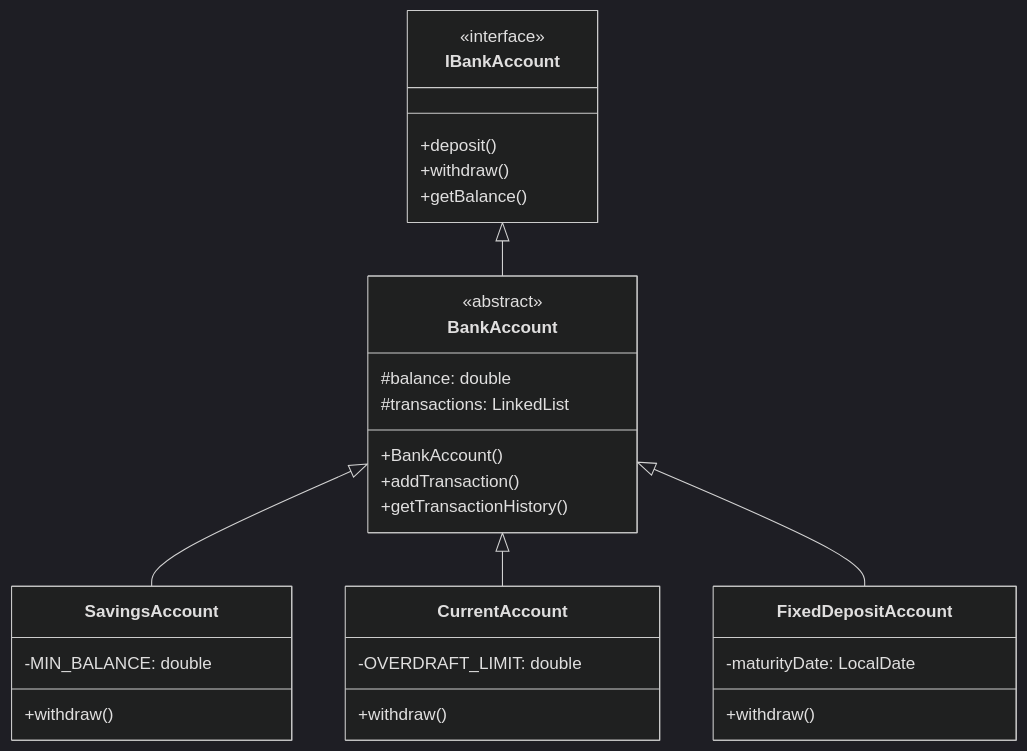
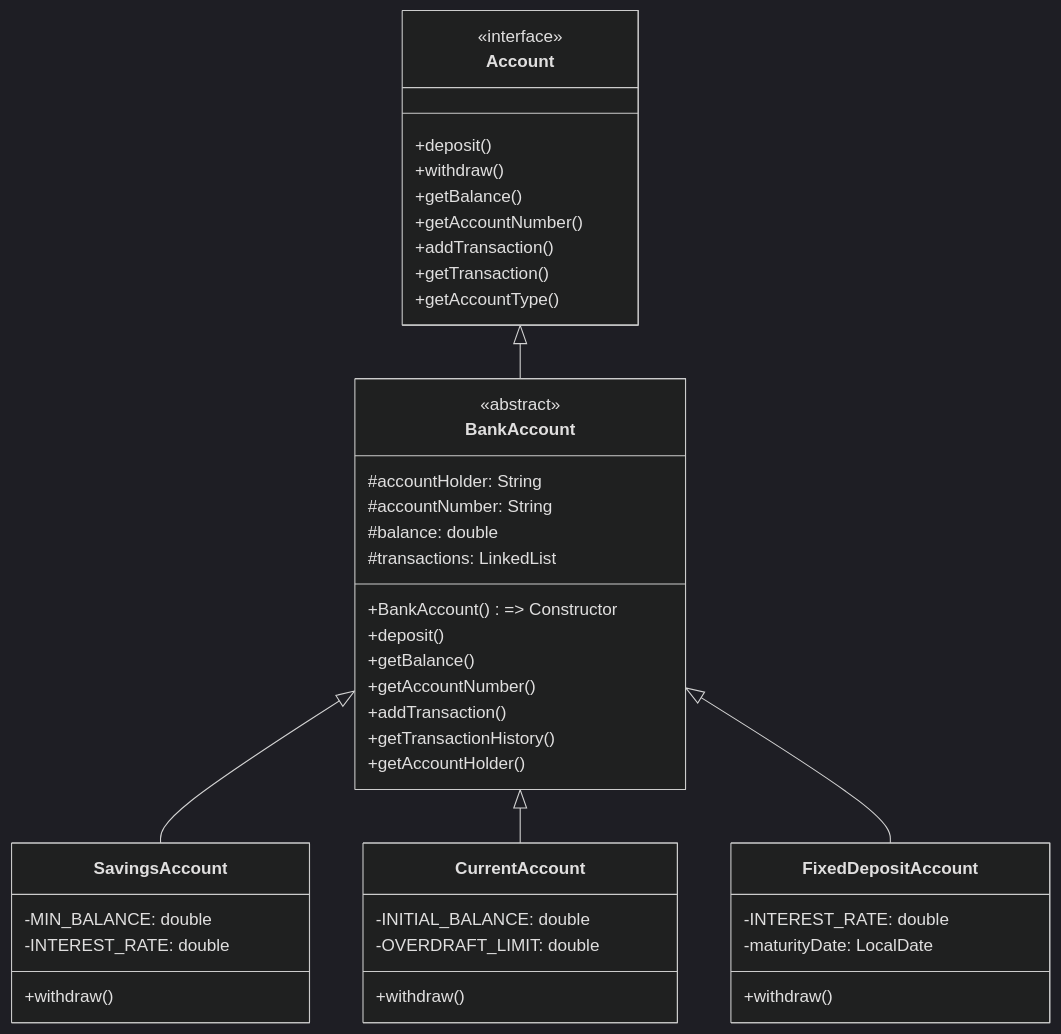
One commit to thenoblet/bms changed the diagram in README.md. Above: the diagram before and after it, drawn with Mermaid (dark theme).

Commit message:
CHORE: Updated readme #Technical Implementation part to reflect later changes

````diff
--- a/README.md
+++ b/README.md
@@ -37,38 +37,51 @@
 ```mermaid
 classDiagram
-    class IBankAccount {
+    class Account {
         <<interface>>
         +deposit()
         +withdraw()
         +getBalance()
+        +getAccountNumber()
+        +addTransaction()
+        +getTransaction()
+        +getAccountType()
     }
     
     class BankAccount {
         <<abstract>>
+        #accountHolder: String
+        #accountNumber: String
         #balance: double
         #transactions: LinkedList<Transaction>
-        +BankAccount()
+        +BankAccount() => Constructor
+        +deposit()
+        +getBalance()
+        +getAccountNumber()
         +addTransaction()
         +getTransactionHistory()
+        +getAccountHolder()
     }
     
     class SavingsAccount {
         -MIN_BALANCE: double
+        -INTEREST_RATE: double
         +withdraw() 
     }
     
     class CurrentAccount {
+        -INITIAL_BALANCE: double
         -OVERDRAFT_LIMIT: double
         +withdraw()
     }
     
     class FixedDepositAccount {
+        -INTEREST_RATE: double
         -maturityDate: LocalDate
         +withdraw()
     }
     
-    IBankAccount <|-- BankAccount
+    Account <|-- BankAccount
     BankAccount <|-- SavingsAccount
     BankAccount <|-- CurrentAccount
     BankAccount <|-- FixedDepositAccount
 ```
````
